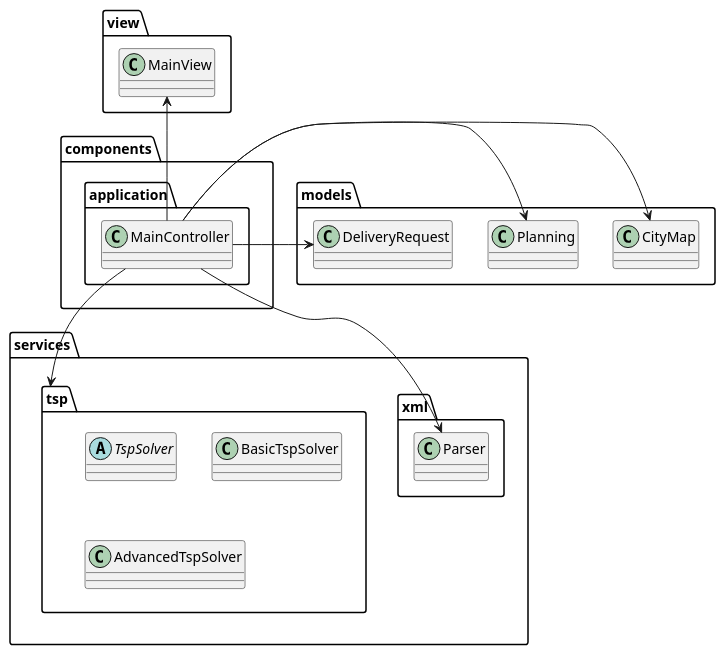
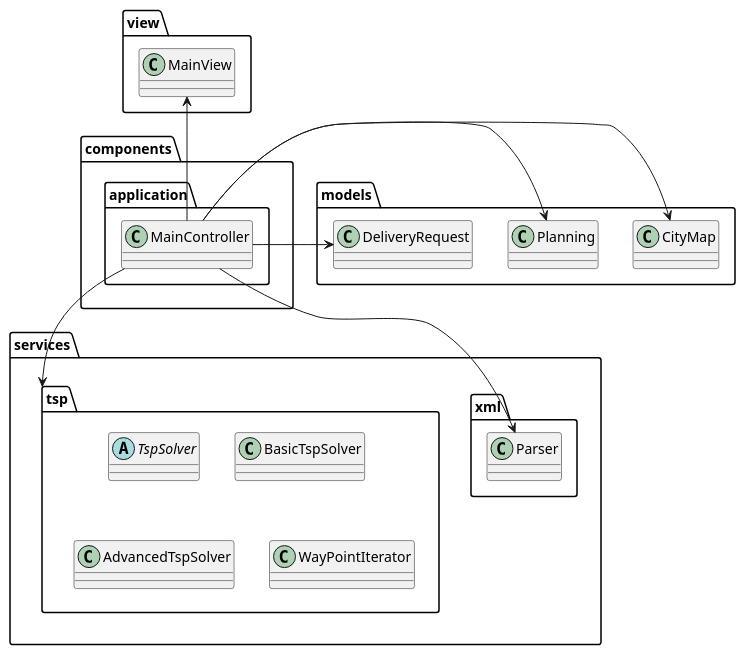
Before and after one commit to if-h4102/pld-agile: the diagram in docs/uml/packages-summary.puml, drawn with PlantUML.

```diff
--- a/docs/uml/packages-summary.puml
+++ b/docs/uml/packages-summary.puml
@@ -1,51 +1,54 @@
 @startuml
 
 package services {
     package xml {
         class Parser {
         }
     }
 
     package tsp {
         abstract class TspSolver {
         }
 
         class BasicTspSolver {
         }
 
         class AdvancedTspSolver {
+        }
+
+        class WayPointIterator {
         }
     }
 }
 
 package models {
     class CityMap {
     }
 
     class Planning {
     }
 
     class DeliveryRequest {
     }
 }
 
 package components {
     package application {
         class MainController {
         }
     }
 }
 
 package view {
     class MainView
 }
 
 MainController -left-> Parser
 MainController -right-> CityMap
 MainController -right-> Planning
 MainController -right-> DeliveryRequest
 MainController -up-> MainView
 
 MainController --> tsp
 
 @enduml
```
